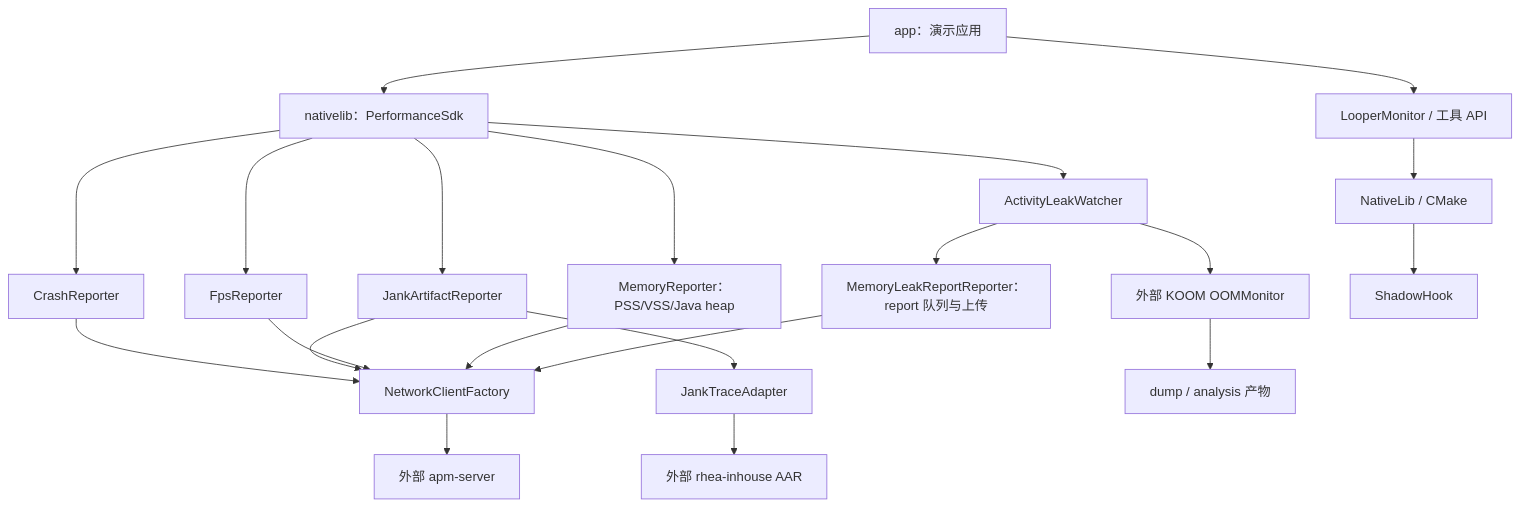
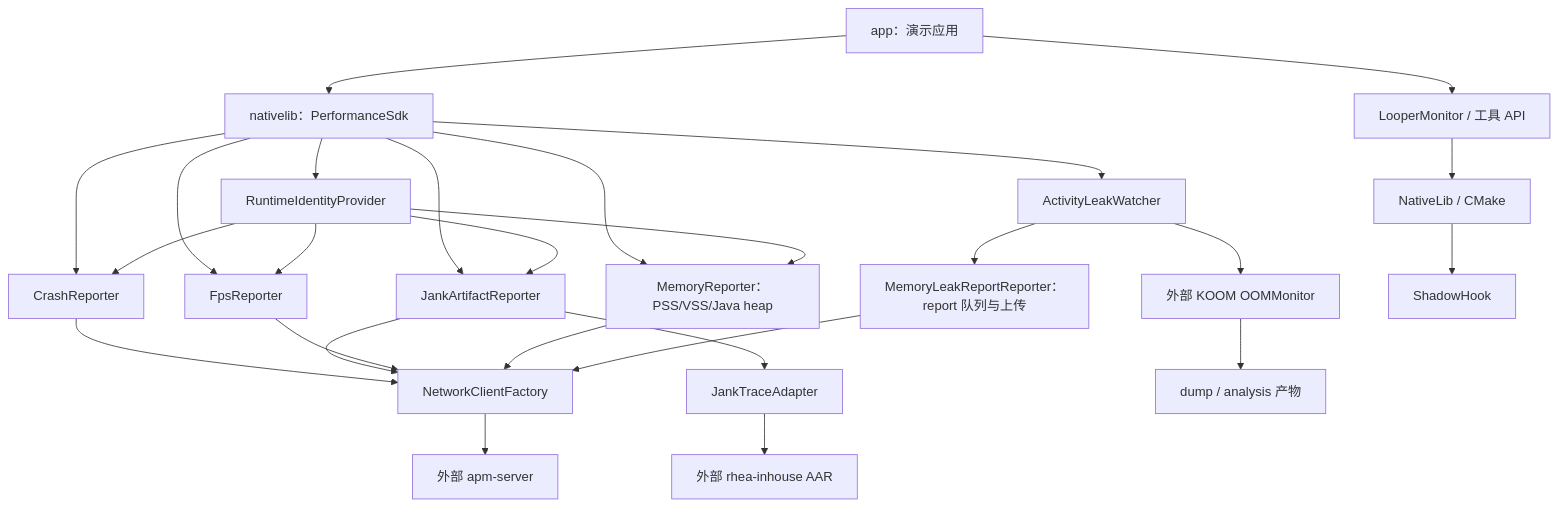
One commit to mashanshui/Performance changed the diagram in docs/knowledge-base/01-模块架构与源码导航.md. Above: the diagram before and after it, drawn with Mermaid. The commit also changed other lines of this file and 54 other files, not shown here.

```diff
--- a/docs/knowledge-base/01-模块架构与源码导航.md
+++ b/docs/knowledge-base/01-模块架构与源码导航.md
@@ -7,23 +7,28 @@
 ~~~mermaid
 flowchart TD
     App["app：演示应用"] --> SDK["nativelib：PerformanceSdk"]
     App --> Looper["LooperMonitor / 工具 API"]
+    SDK --> Identity["RuntimeIdentityProvider"]
     SDK --> Crash["CrashReporter"]
     SDK --> Jank["JankArtifactReporter"]
     SDK --> FPS["FpsReporter"]
     SDK --> Memory["MemoryReporter：PSS/VSS/Java heap"]
     SDK --> Leak["ActivityLeakWatcher"]
     Crash --> Net["NetworkClientFactory"]
     Jank --> Net
     FPS --> Net
     Memory --> Net
+    Identity --> Crash
+    Identity --> Jank
+    Identity --> FPS
+    Identity --> Memory
     Jank --> Adapter["JankTraceAdapter"]
     Adapter --> Rhea["外部 rhea-inhouse AAR"]
     Leak --> KOOM["外部 KOOM OOMMonitor"]
     KOOM --> Hprof["dump / analysis 产物"]
     Leak --> LeakReport["MemoryLeakReportReporter：report 队列与上传"]
     LeakReport --> Net
     Looper --> JNI["NativeLib / CMake"]
     JNI --> Hook["ShadowHook"]
     Net --> Server["外部 apm-server"]
 ~~~
```
